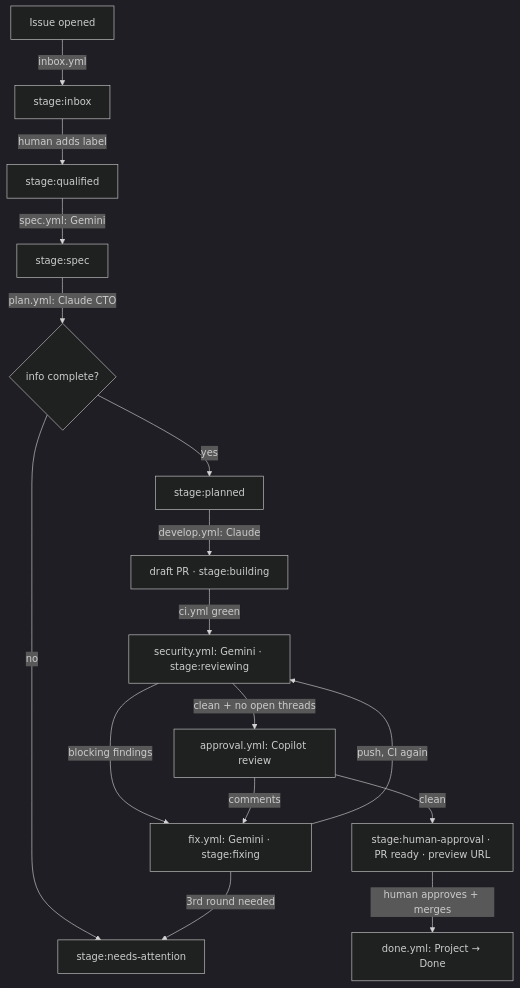
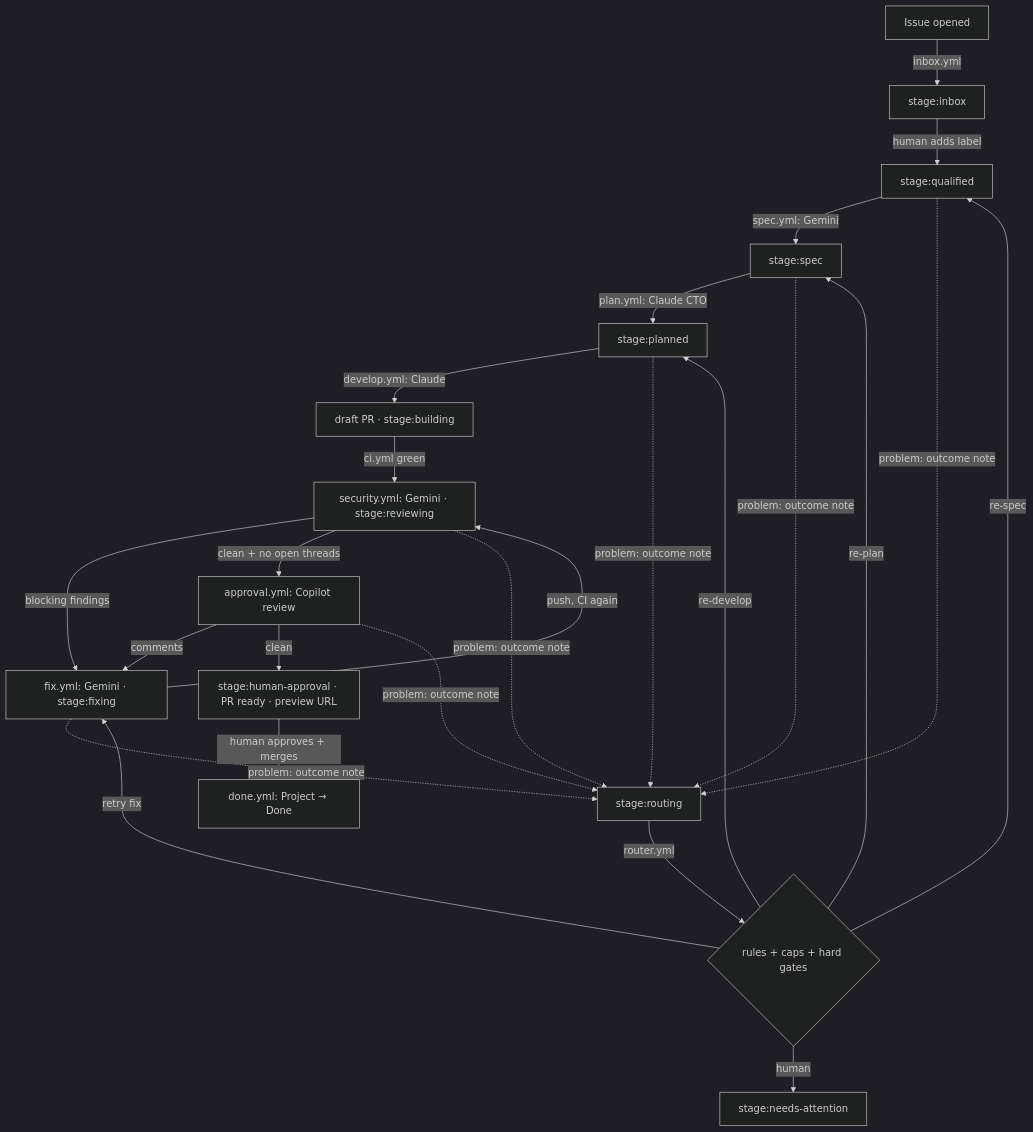
The diagram in docs/pipeline.md (menashsoffer/nx-ai-agents-workspace), drawn with Mermaid (dark theme) before and after one commit. The commit also changed other lines of this file, not shown here.

First line of the commit message:
Document the router, outcome notes, caps and hand-off

````diff
--- a/docs/pipeline.md
+++ b/docs/pipeline.md
@@ -11,18 +16,23 @@
 ```mermaid
 flowchart TD
   A[Issue opened] -->|inbox.yml| B[stage:inbox]
   B -->|human adds label| C[stage:qualified]
   C -->|spec.yml: Gemini| D[stage:spec]
-  D -->|plan.yml: Claude CTO| E{info complete?}
-  E -->|no| X[stage:needs-attention]
-  E -->|yes| F[stage:planned]
+  D -->|plan.yml: Claude CTO| F[stage:planned]
   F -->|develop.yml: Claude| G[draft PR · stage:building]
   G -->|ci.yml green| H[security.yml: Gemini · stage:reviewing]
   H -->|blocking findings| I[fix.yml: Gemini · stage:fixing]
   I -->|push, CI again| H
-  I -->|3rd round needed| X
   H -->|clean + no open threads| J[approval.yml: Copilot review]
   J -->|comments| I
   J -->|clean| K[stage:human-approval · PR ready · preview URL]
   K -->|human approves + merges| L[done.yml: Project → Done]
+
+  C & D & F & H & I & J -.->|problem: outcome note| R[stage:routing]
+  R -->|router.yml| Q{rules + caps + hard gates}
+  Q -->|re-spec| C
+  Q -->|re-plan| D
+  Q -->|re-develop| F
+  Q -->|retry fix| I
+  Q -->|human| X[stage:needs-attention]
 ```
````
